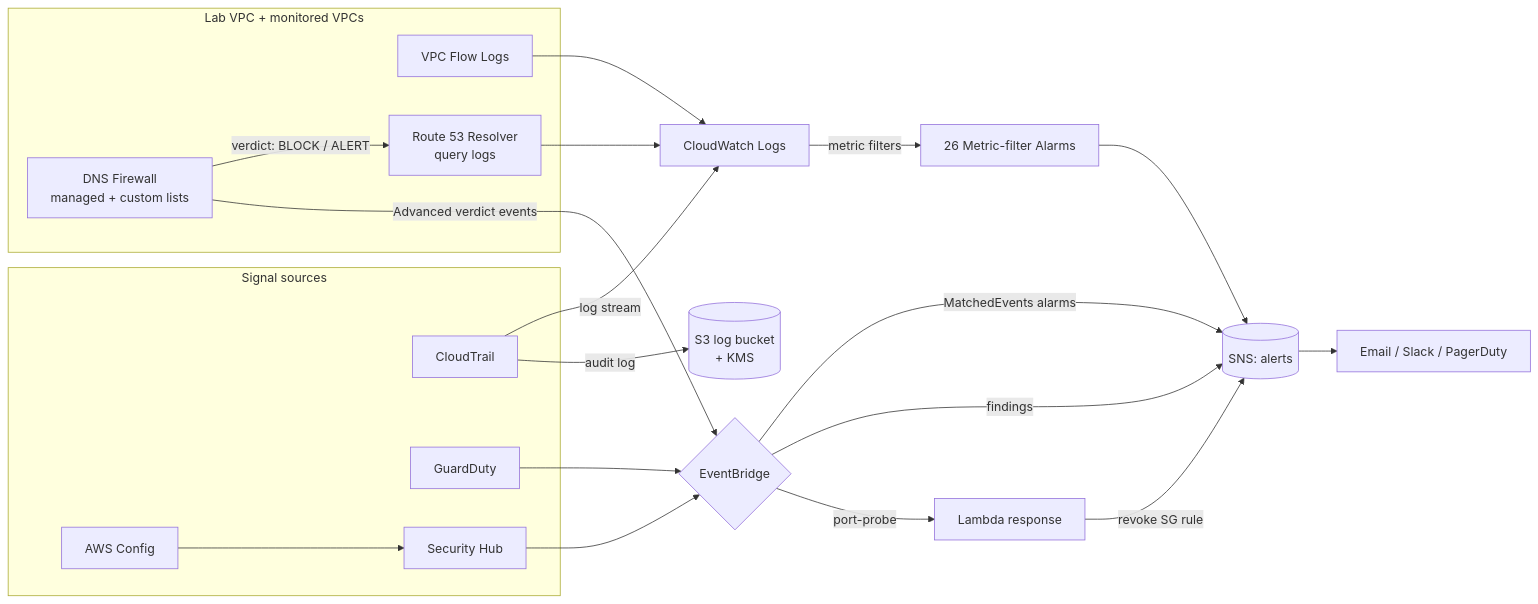
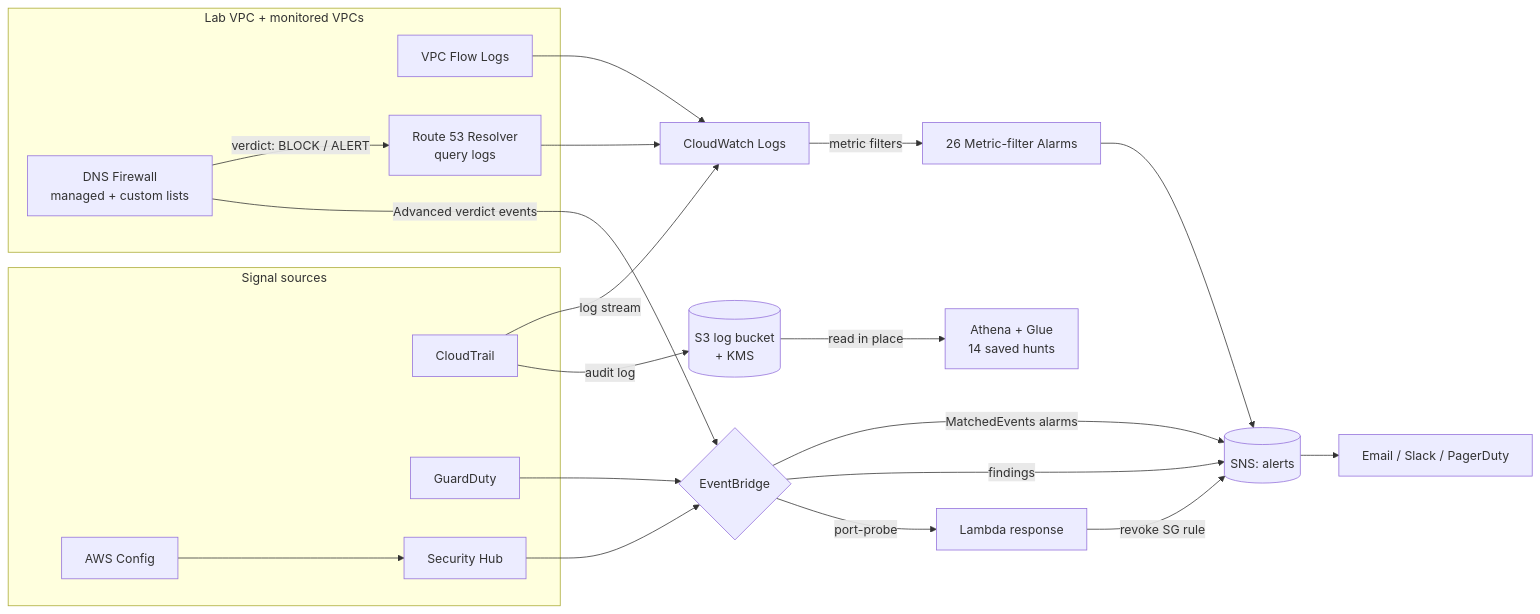
The diagram in README.md (H3llKa1ser/AWS-Detection-Engineering-Lab), drawn with Mermaid before and after one commit. The commit also changed other lines of this file and 28 other files, not shown here.

````diff
--- a/README.md
+++ b/README.md
@@ -36,34 +37,35 @@
 ```mermaid
 flowchart LR
     subgraph Sources["Signal sources"]
         CT[CloudTrail]
         GD[GuardDuty]
         CFG[AWS Config]
         SH[Security Hub]
     end
 
     subgraph Net["Lab VPC + monitored VPCs"]
         FL[VPC Flow Logs]
         FW[DNS Firewall<br/>managed + custom lists]
         DNS[Route 53 Resolver<br/>query logs]
         FW -->|verdict: BLOCK / ALERT| DNS
     end
     FW -->|Advanced verdict events| EB
 
     CT -->|log stream| CWL[CloudWatch Logs]
     FL --> CWL
     DNS --> CWL
     CWL -->|metric filters| ALM[26 Metric-filter Alarms]
     EB -->|MatchedEvents alarms| SNS
     CT -->|audit log| S3[(S3 log bucket<br/>+ KMS)]
+    S3 -->|read in place| ATH[Athena + Glue<br/>14 saved hunts]
 
     CFG --> SH
     GD --> EB{EventBridge}
     SH --> EB
     ALM --> SNS[(SNS: alerts)]
     EB -->|findings| SNS
     EB -->|port-probe| L[Lambda response]
     L -->|revoke SG rule| SNS
 
     SNS --> Email[Email / Slack / PagerDuty]
 ```
````
